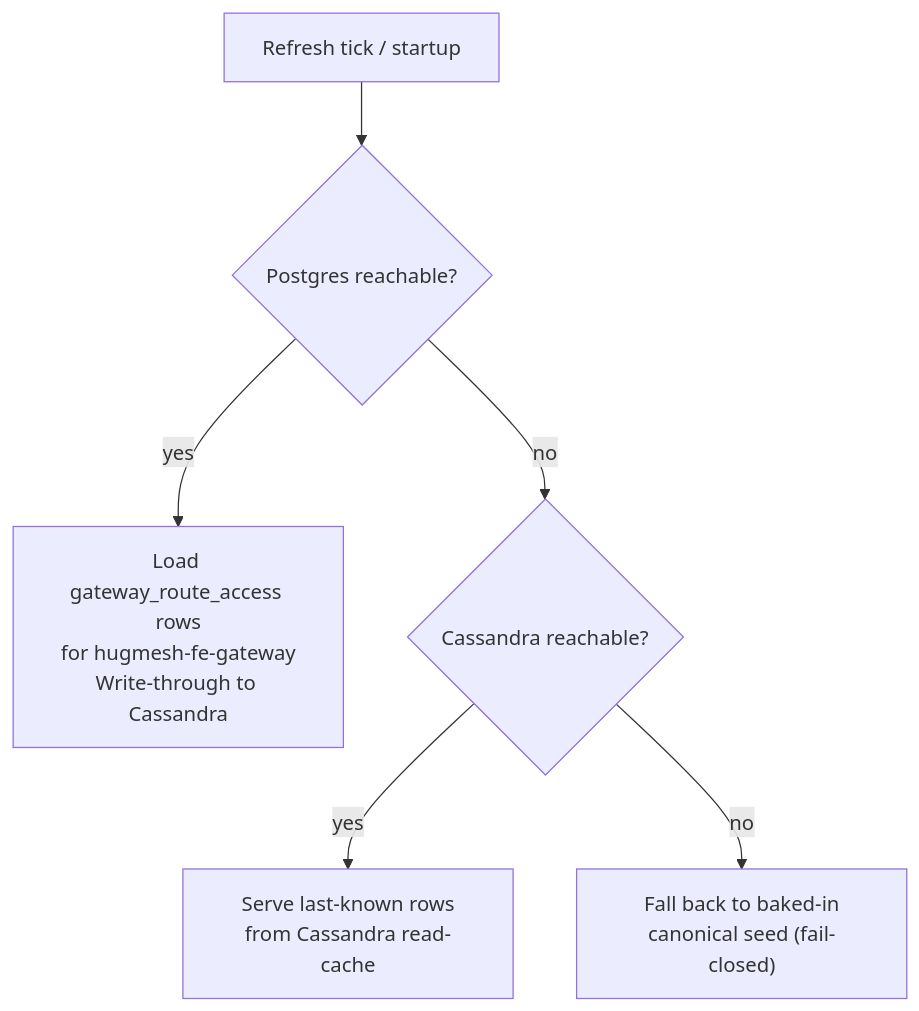
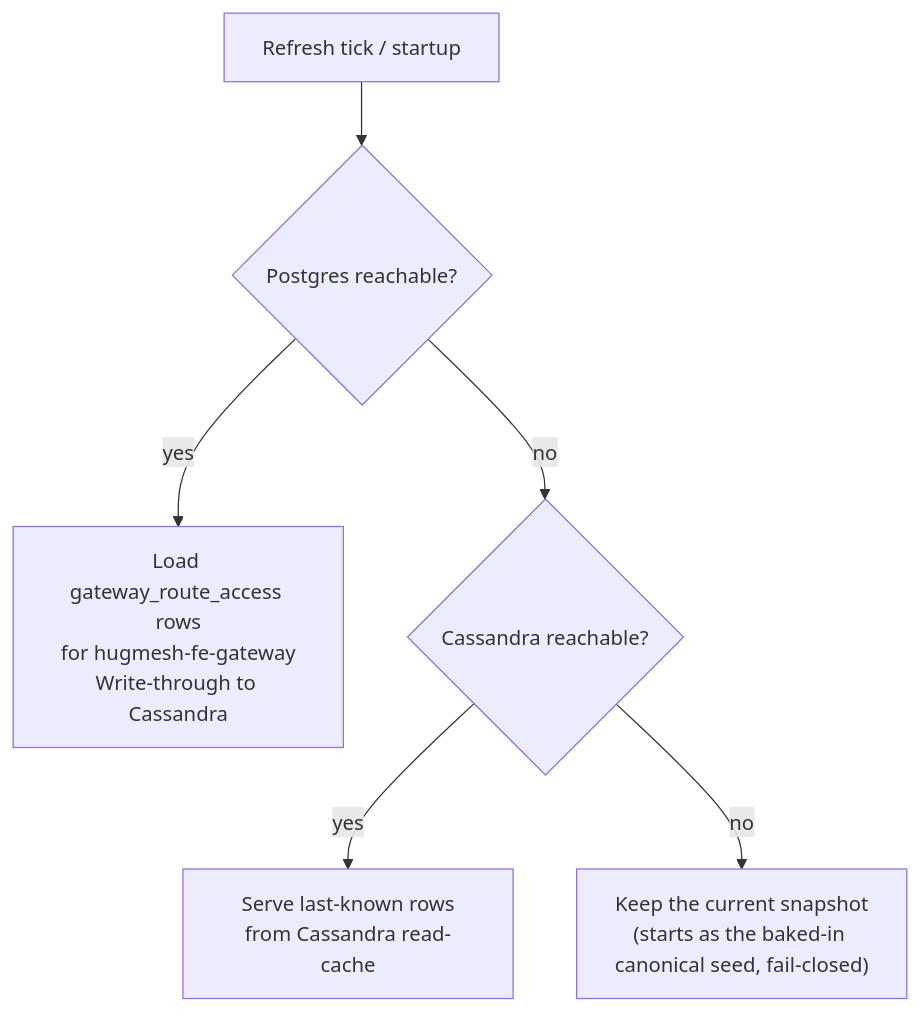
The second of 3 diagrams in content/architecture/frontend-gateway.md (hugmesh/hugmesh.github.io), drawn with Mermaid before and after one commit. The commit also changed other lines of this file and 166 other files, not shown here.

````diff
--- a/content/architecture/frontend-gateway.md
+++ b/content/architecture/frontend-gateway.md
@@ -255,8 +287,8 @@
 ```mermaid
 flowchart TB
     A["Refresh tick / startup"] --> B{Postgres reachable?}
     B -- yes --> C["Load gateway_route_access rows\nfor hugmesh-fe-gateway\nWrite-through to Cassandra"]
     B -- no --> D{Cassandra reachable?}
     D -- yes --> E["Serve last-known rows\nfrom Cassandra read-cache"]
-    D -- no --> F["Fall back to baked-in\ncanonical seed (fail-closed)"]
+    D -- no --> F["Keep the current snapshot\n(starts as the baked-in canonical seed, fail-closed)"]
 ```
````
